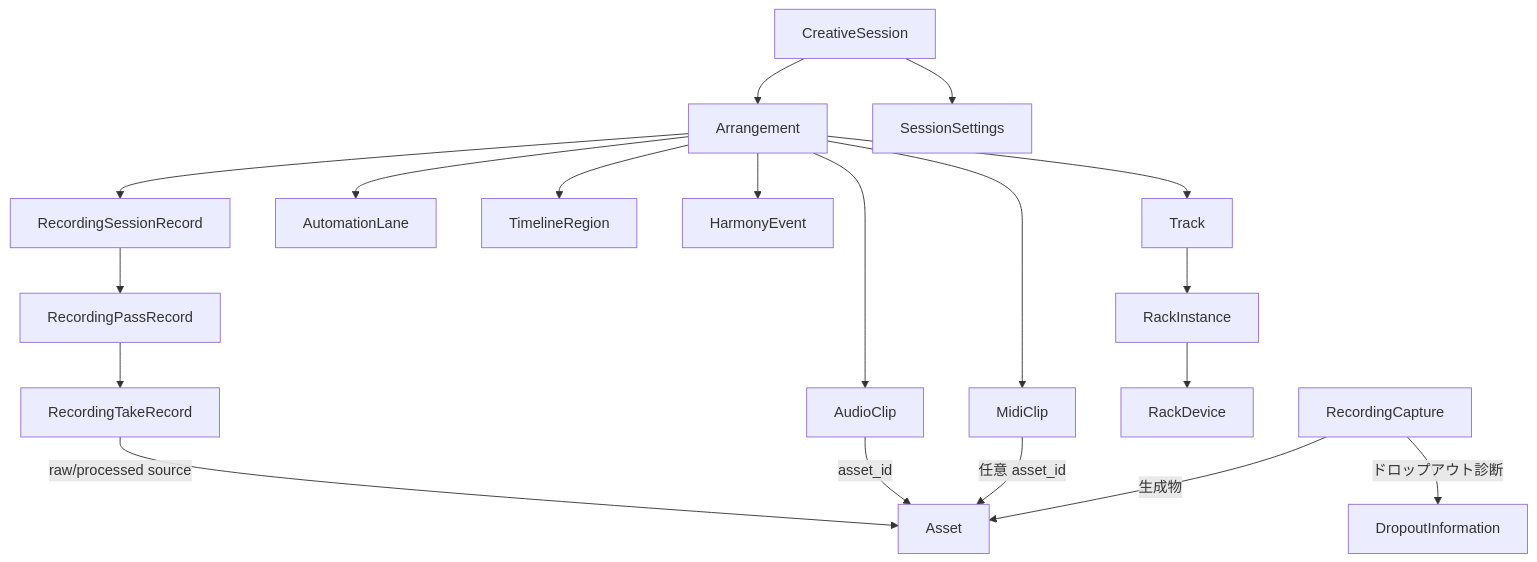
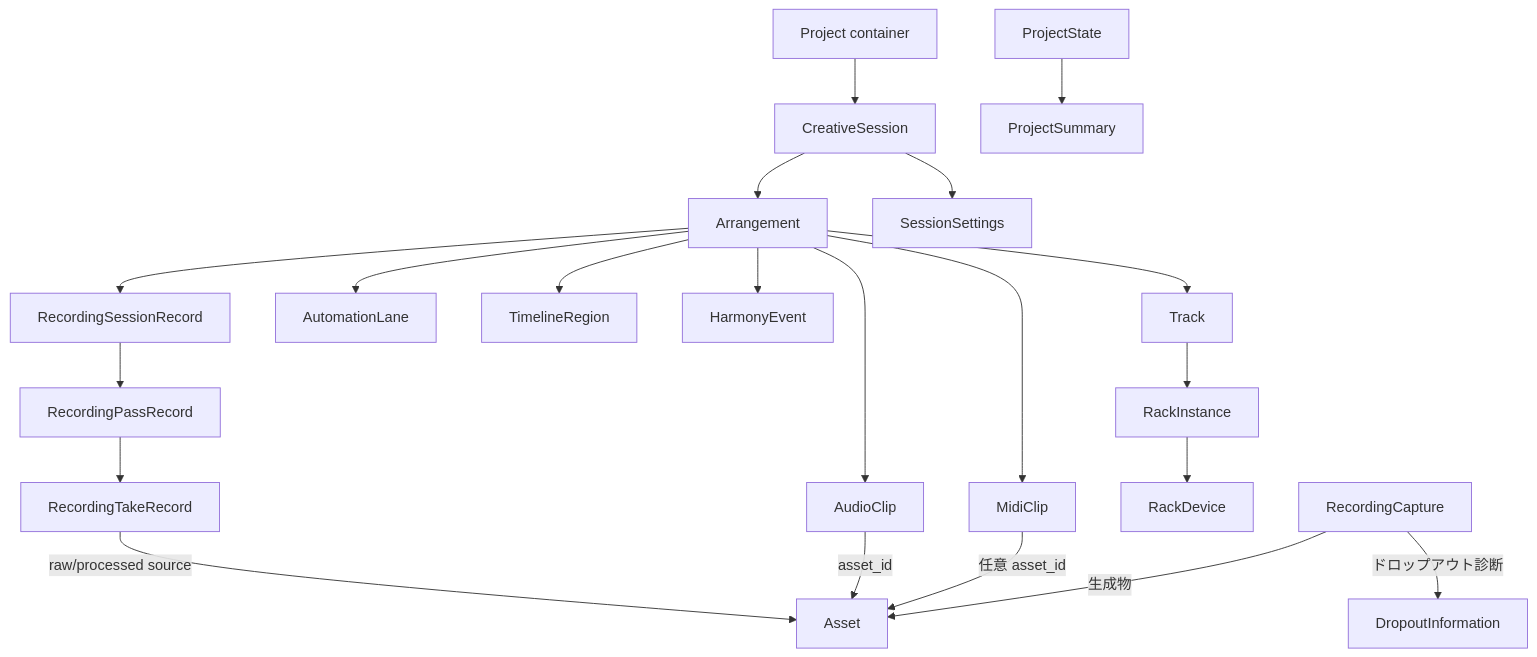
One commit to endo-ly/riffra changed the diagram in docs/data-model.md. Above: the diagram before and after it, drawn with Mermaid. The commit also changed other lines of this file and 4 other files, not shown here.

````diff
--- a/docs/data-model.md
+++ b/docs/data-model.md
@@ -130,21 +137,23 @@
 ```mermaid
 flowchart TD
-    CS[CreativeSession] --> AR[Arrangement]
+    PC[Project container] --> CS[CreativeSession]
+    PS[ProjectState] --> PM[ProjectSummary]
+    CS --> AR[Arrangement]
     AR --> TR[Track]
     AR --> AC[AudioClip]
     AR --> MC[MidiClip]
     AR --> AU[AutomationLane]
     AR --> RG[TimelineRegion]
     AR --> HE[HarmonyEvent]
     AR --> RS[RecordingSessionRecord]
     RS --> RP[RecordingPassRecord]
     RP --> RT[RecordingTakeRecord]
     RT -->|raw/processed source| AS[Asset]
     AC -->|asset_id| AS
     MC -->|任意 asset_id| AS
     TR --> RI[RackInstance]
     RI --> RD[RackDevice]
     CS --> SE[SessionSettings]
     RC[RecordingCapture] -->|生成物| AS
     RC -->|ドロップアウト診断| DI[DropoutInformation]
 ```
````
